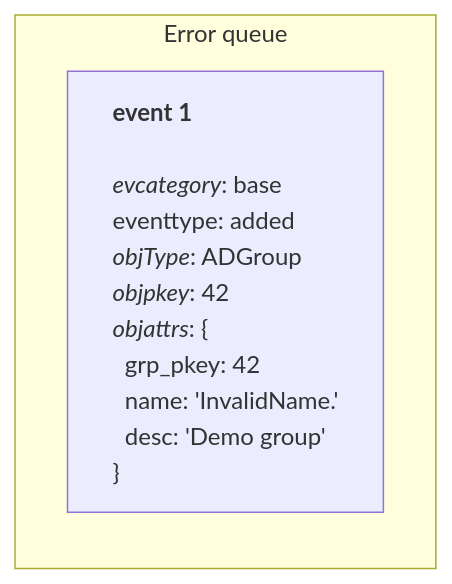
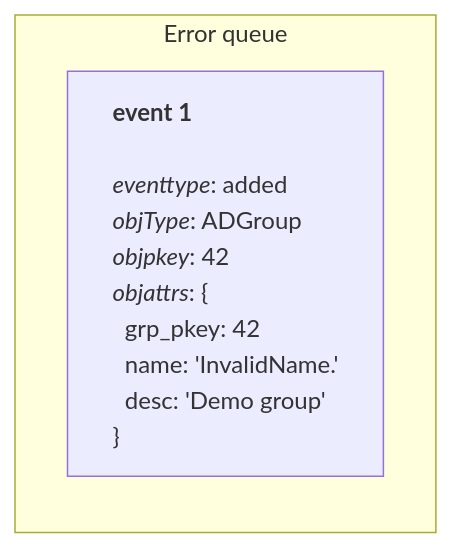
The first of 2 diagrams in content/hermes/how-it-works/hermes-client/auto-remediation.md (DSIN-INSA-Strasbourg/Hermes-doc), drawn with Mermaid before and after one commit. The commit also changed other lines of this file and 3 other files, not shown here.

````diff
--- a/content/hermes/how-it-works/hermes-client/auto-remediation.md
+++ b/content/hermes/how-it-works/hermes-client/auto-remediation.md
@@ -14,22 +14,21 @@
 ``` mermaid
 flowchart TB
   subgraph errorqueue [Error queue]
     direction TB
     ev1
   end
 
   ev1["`**event 1**
     &nbsp;
-    *evcategory*: base
-    eventtype: added
+    *eventtype*: added
     *objType*: ADGroup
     *objpkey*: 42
     *objattrs*: {
     &nbsp;&nbsp;grp_pkey: 42
     &nbsp;&nbsp;name: 'InvalidName.'
     &nbsp;&nbsp;desc: 'Demo group'
     }`"]
 
   classDef leftalign text-align:left
   class ev1 leftalign
 ```
````
